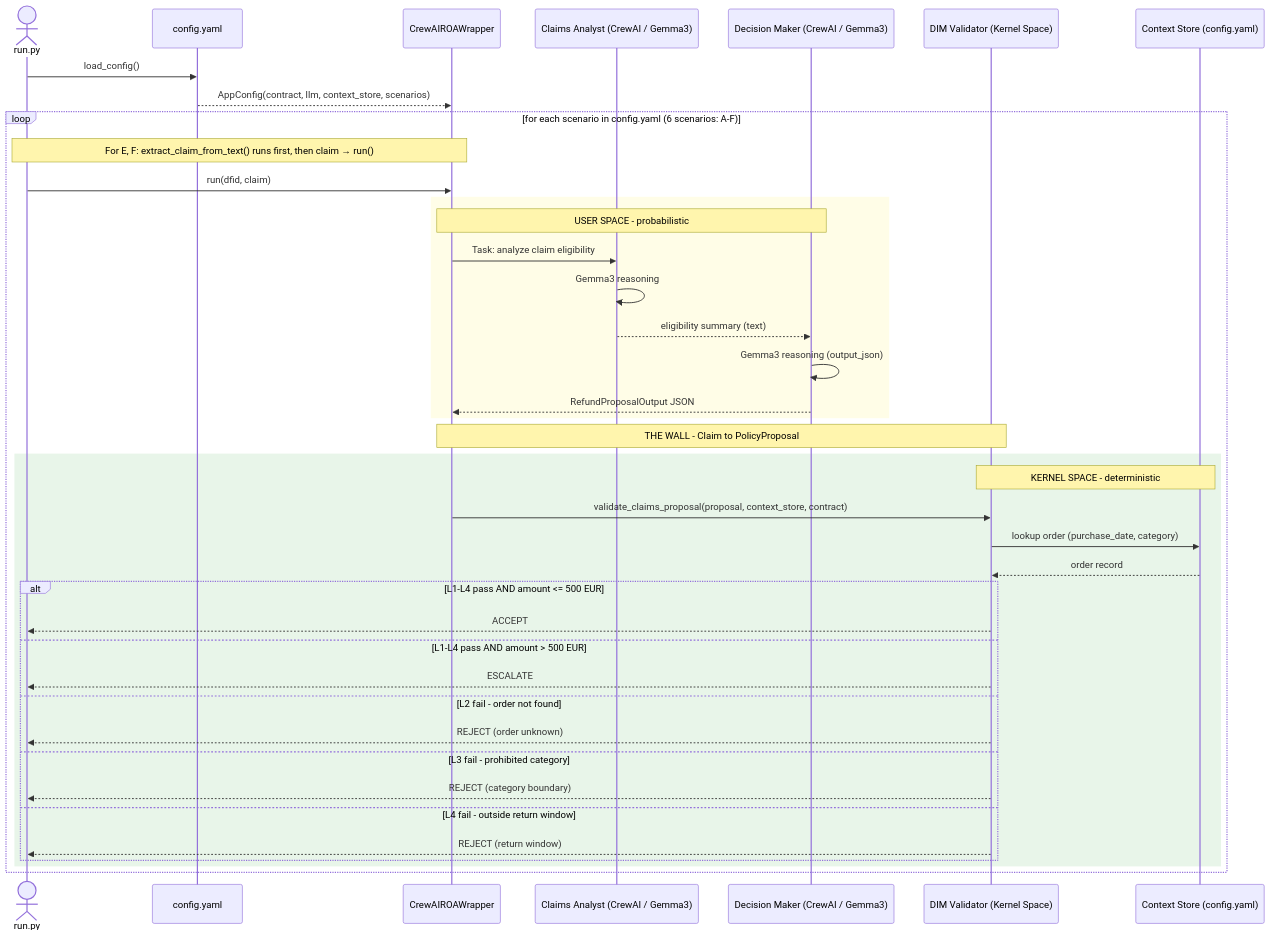
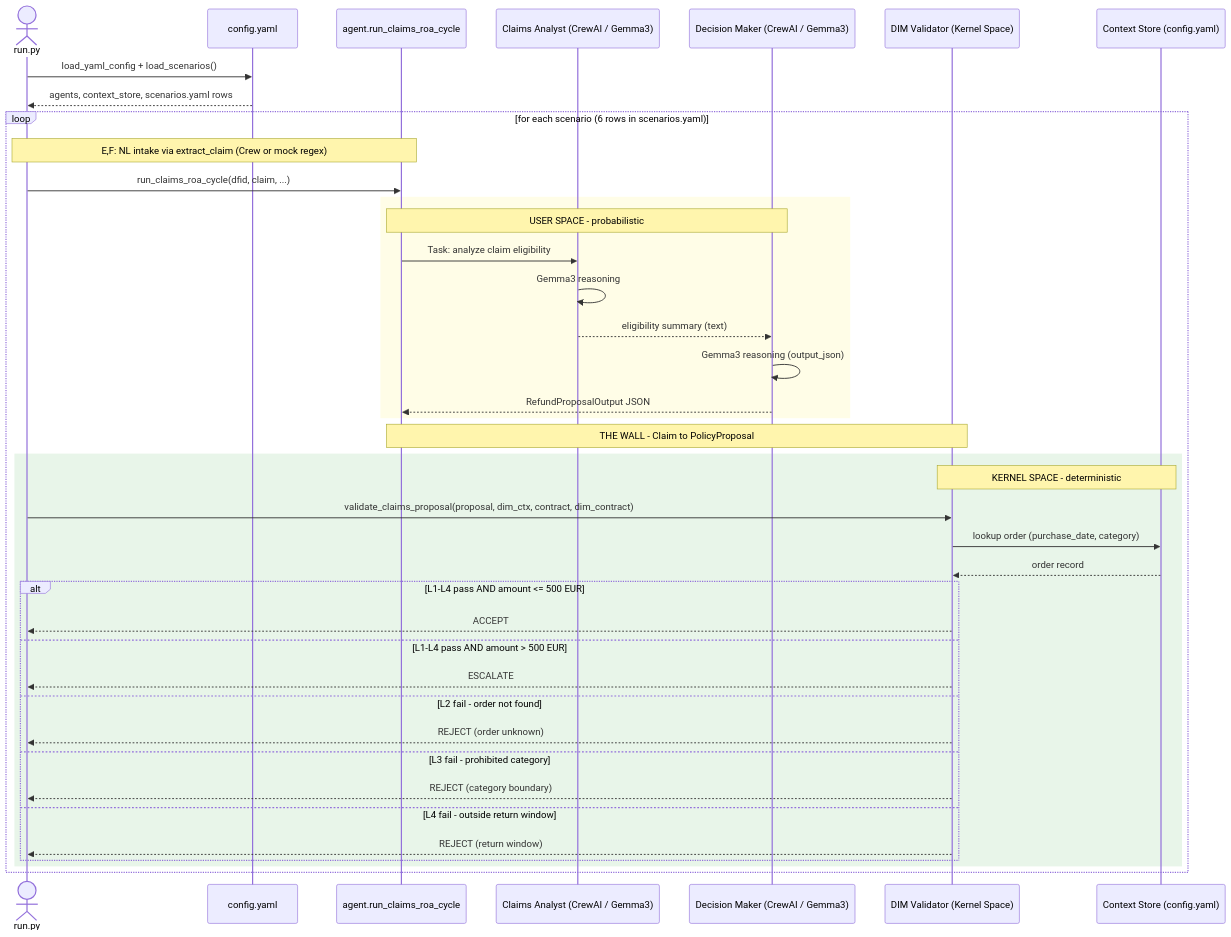
The third of 4 diagrams in samples/35_crewai_roa_wrapper/README.md (huka81/decision-intelligence-runtime), drawn with Mermaid before and after one commit. The commit also changed other lines of this file and 17 other files, not shown here.

````diff
--- a/samples/35_crewai_roa_wrapper/README.md
+++ b/samples/35_crewai_roa_wrapper/README.md
@@ -79,51 +102,51 @@
 ```mermaid
 sequenceDiagram
     actor Caller as run.py
     participant CFG as config.yaml
-    participant Wrapper as CrewAIROAWrapper
+    participant Agent as agent.run_claims_roa_cycle
     participant Analyst as Claims Analyst (CrewAI / Gemma3)
     participant DM as Decision Maker (CrewAI / Gemma3)
     participant DIM as DIM Validator (Kernel Space)
     participant CS as Context Store (config.yaml)
 
-    Caller ->> CFG: load_config()
-    CFG -->> Wrapper: AppConfig(contract, llm, context_store, scenarios)
+    Caller ->> CFG: load_yaml_config + load_scenarios()
+    CFG -->> Caller: agents, context_store, scenarios.yaml rows
 
-    loop for each scenario in config.yaml (6 scenarios: A-F)
-        Note over Caller, Wrapper: For E, F: extract_claim_from_text() runs first, then claim → run()
-        Caller ->> Wrapper: run(dfid, claim)
+    loop for each scenario (6 rows in scenarios.yaml)
+        Note over Caller, Agent: E,F: NL intake via extract_claim (Crew or mock regex)
+        Caller ->> Agent: run_claims_roa_cycle(dfid, claim, ...)
 
         rect rgb(255, 253, 231)
-            Note over Wrapper, DM: USER SPACE - probabilistic
+            Note over Agent, DM: USER SPACE - probabilistic
 
-            Wrapper ->> Analyst: Task: analyze claim eligibility
+            Agent ->> Analyst: Task: analyze claim eligibility
             Analyst ->> Analyst: Gemma3 reasoning
             Analyst -->> DM: eligibility summary (text)
 
             DM ->> DM: Gemma3 reasoning (output_json)
-            DM -->> Wrapper: RefundProposalOutput JSON
+            DM -->> Agent: RefundProposalOutput JSON
         end
 
-        Note over Wrapper, DIM: THE WALL - Claim to PolicyProposal
+        Note over Agent, DIM: THE WALL - Claim to PolicyProposal
 
         rect rgb(232, 245, 233)
             Note over DIM, CS: KERNEL SPACE - deterministic
 
-            Wrapper ->> DIM: validate_claims_proposal(proposal, context_store, contract)
+            Caller ->> DIM: validate_claims_proposal(proposal, dim_ctx, contract, dim_contract)
             DIM ->> CS: lookup order (purchase_date, category)
             CS -->> DIM: order record
 
             alt L1-L4 pass AND amount <= 500 EUR
                 DIM -->> Caller: ACCEPT
             else L1-L4 pass AND amount > 500 EUR
                 DIM -->> Caller: ESCALATE
             else L2 fail - order not found
                 DIM -->> Caller: REJECT (order unknown)
             else L3 fail - prohibited category
                 DIM -->> Caller: REJECT (category boundary)
             else L4 fail - outside return window
                 DIM -->> Caller: REJECT (return window)
             end
         end
     end
 ```
````
